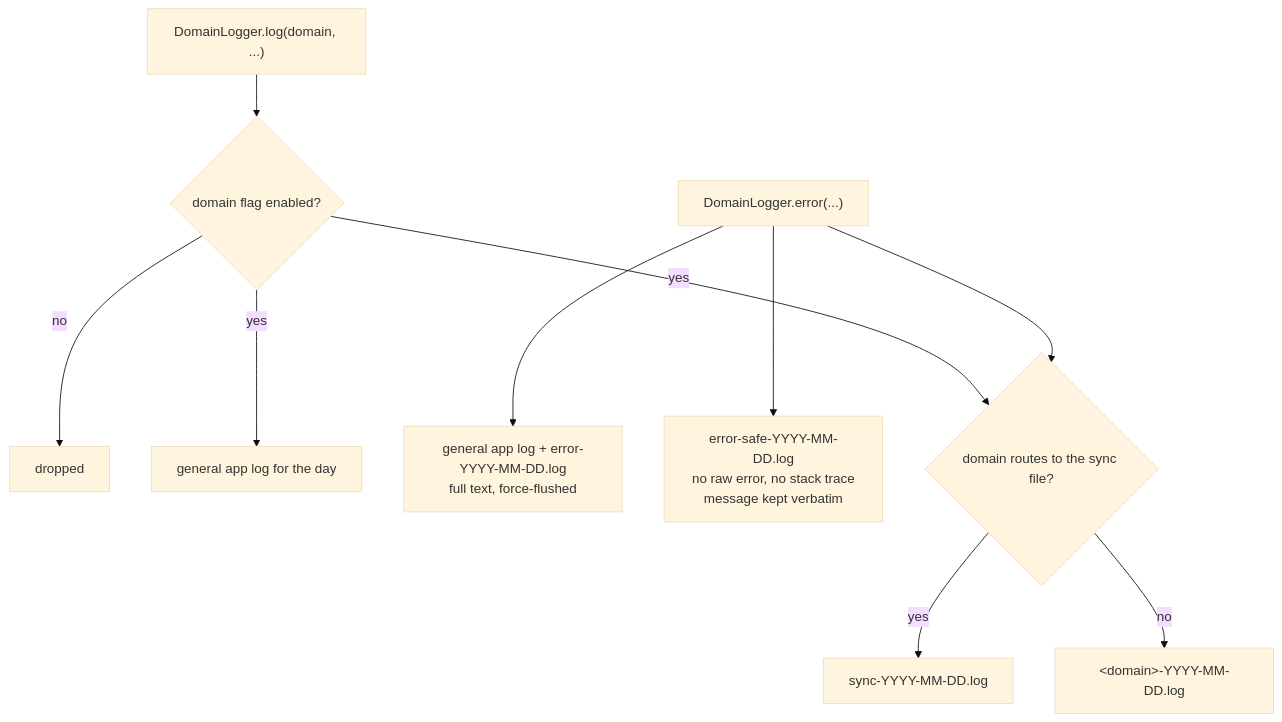
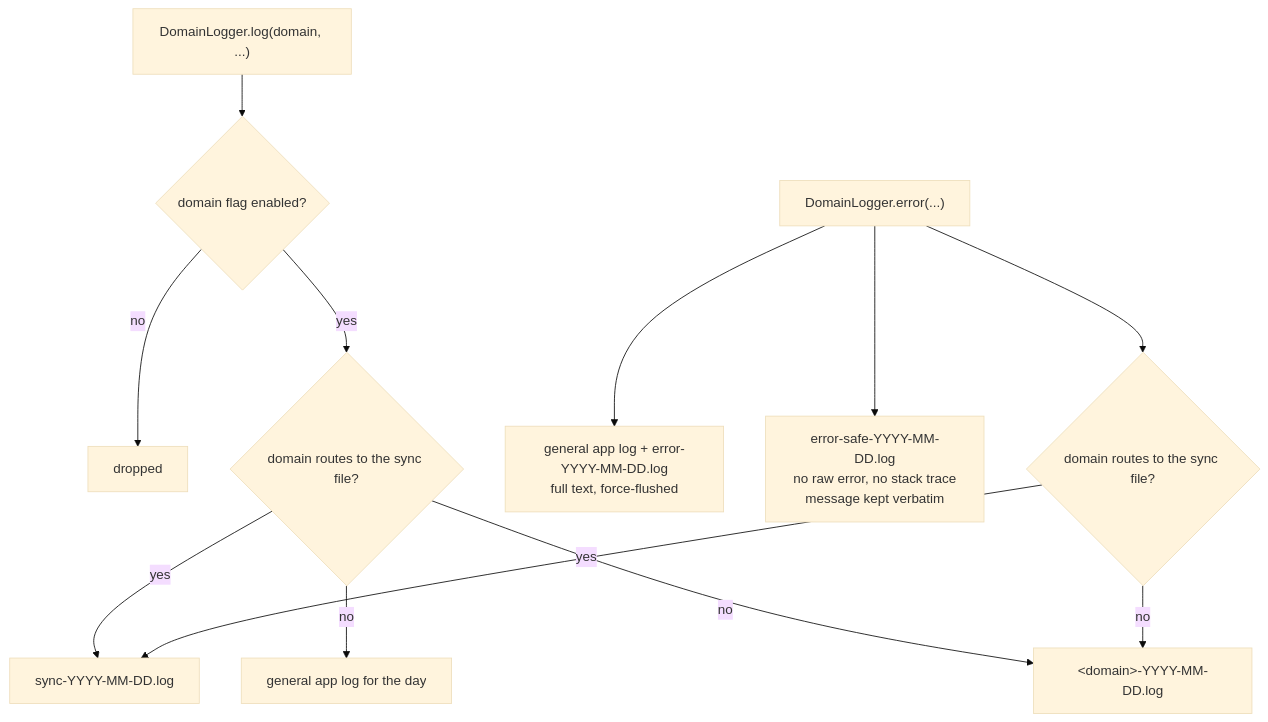
The diagram in knowledge/architecture/logging-and-diagnostics.md (matthiasn/lotti), drawn with Mermaid (base theme) before and after one commit. The commit also changed other lines of this file and 12 other files, not shown here.

Commit message:
fix: buffer domain logs and omit routine identity details (#4148)

````diff
--- a/knowledge/architecture/logging-and-diagnostics.md
+++ b/knowledge/architecture/logging-and-diagnostics.md
@@ -64,12 +64,14 @@
 ```mermaid
 flowchart TD
   Log["DomainLogger.log(domain, ...)"] --> Enabled{"domain flag enabled?"}
   Enabled -->|no| Drop["dropped"]
-  Enabled -->|yes| General["general app log for the day"]
+  Enabled -->|yes| RoutineRoute{"domain routes to the sync file?"}
+  RoutineRoute -->|yes| SyncLog["sync-YYYY-MM-DD.log"]
+  RoutineRoute -->|no| General["general app log for the day"]
+  RoutineRoute -->|no| DomainLog["&lt;domain&gt;-YYYY-MM-DD.log"]
   Err["DomainLogger.error(...)"] --> General2["general app log + error-YYYY-MM-DD.log<br/>full text, force-flushed"]
   Err --> Safe["error-safe-YYYY-MM-DD.log<br/>no raw error, no stack trace<br/>message kept verbatim"]
-  Enabled -->|yes| PerDomain
   Err --> PerDomain{"domain routes to the sync file?"}
-  PerDomain -->|yes| SyncLog["sync-YYYY-MM-DD.log"]
-  PerDomain -->|no| DomainLog["&lt;domain&gt;-YYYY-MM-DD.log"]
+  PerDomain -->|yes| SyncLog
+  PerDomain -->|no| DomainLog
 ```
````
